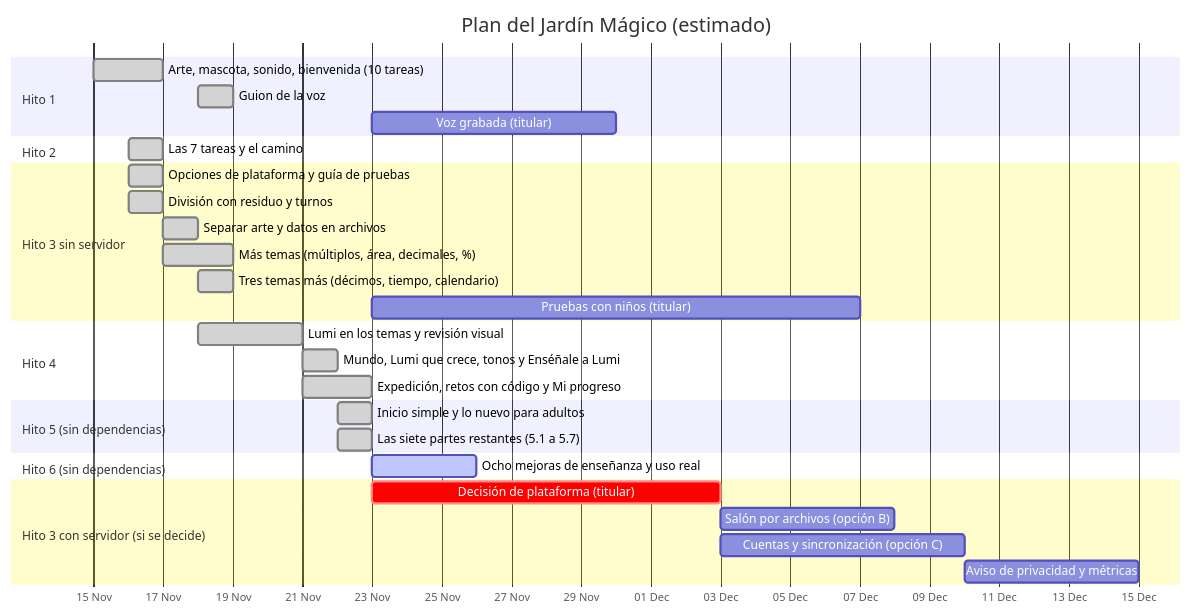
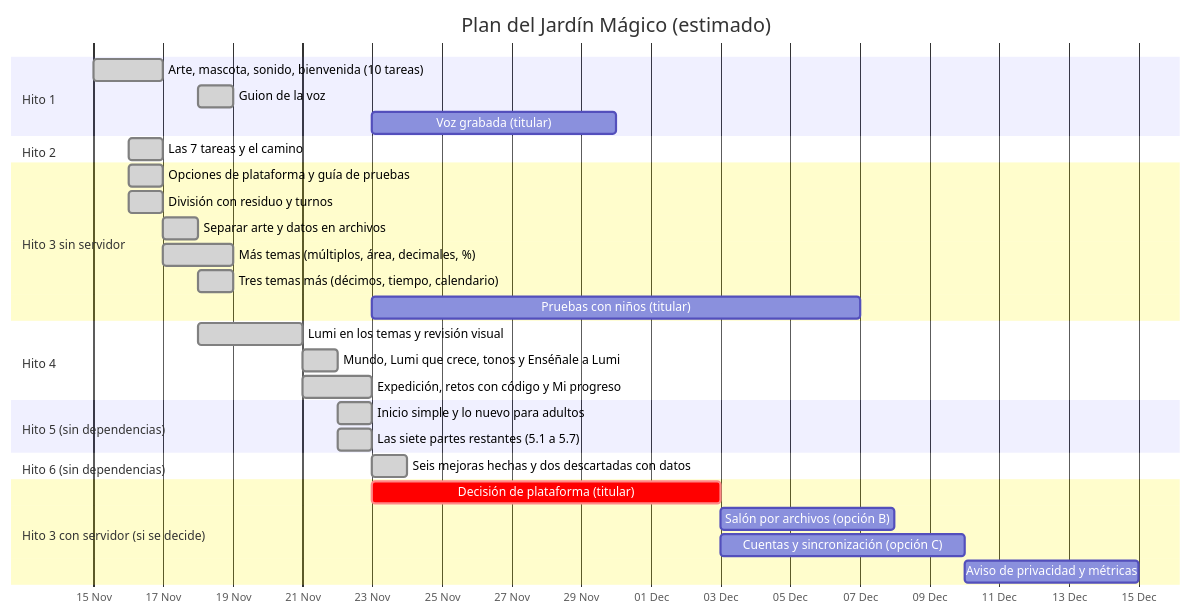
One commit to dleon55/jardin-magico-multiplicaciones changed the first of 2 diagrams in docs/PLAN.md. Above: the diagram before and after it, drawn with Mermaid. The commit also changed other lines of this file and 10 other files, not shown here.

````diff
--- a/docs/PLAN.md
+++ b/docs/PLAN.md
@@ -173,33 +173,33 @@
 ```mermaid
 gantt
     title Plan del Jardín Mágico (estimado)
     dateFormat  YYYY-MM-DD
     axisFormat  %d %b
     section Hito 1
     Arte, mascota, sonido, bienvenida (10 tareas)  :done,    h1, 2026-11-15, 2d
     Guion de la voz                                :done,    h1g, 2026-11-18, 1d
     Voz grabada (titular)                          :         h1v, 2026-11-23, 7d
     section Hito 2
     Las 7 tareas y el camino                       :done,    h2, 2026-11-16, 1d
     section Hito 3 sin servidor
     Opciones de plataforma y guía de pruebas       :done,    h3a, 2026-11-16, 1d
     División con residuo y turnos                  :done,    h3b, 2026-11-16, 1d
     Separar arte y datos en archivos               :done,    h3s, 2026-11-17, 1d
     Más temas (múltiplos, área, decimales, %)      :done,    h3t, 2026-11-17, 2d
     Tres temas más (décimos, tiempo, calendario)   :done,    h3u, 2026-11-18, 1d
     Pruebas con niños (titular)                    :         h3n, 2026-11-23, 14d
     section Hito 4
     Lumi en los temas y revisión visual            :done,    h4a, 2026-11-18, 3d
     Mundo, Lumi que crece, tonos y Enséñale a Lumi :done,    h4b, 2026-11-21, 1d
     Expedición, retos con código y Mi progreso     :done,    h4c, 2026-11-21, 2d
     section Hito 5 (sin dependencias)
     Inicio simple y lo nuevo para adultos          :done,    h5a, 2026-11-22, 1d
     Las siete partes restantes (5.1 a 5.7)         :done,    h5b, 2026-11-22, 1d
     section Hito 6 (sin dependencias)
-    Ocho mejoras de enseñanza y uso real          :active,  h6, 2026-11-23, 3d
+    Seis mejoras hechas y dos descartadas con datos :done,   h6, 2026-11-23, 1d
     section Hito 3 con servidor (si se decide)
     Decisión de plataforma (titular)               :crit,    h3d, 2026-11-23, 10d
     Salón por archivos (opción B)                  :         h3b2, after h3d, 5d
     Cuentas y sincronización (opción C)            :         h3e, after h3d, 7d
     Aviso de privacidad y métricas                 :         h3g, after h3e, 5d
 ```
````
